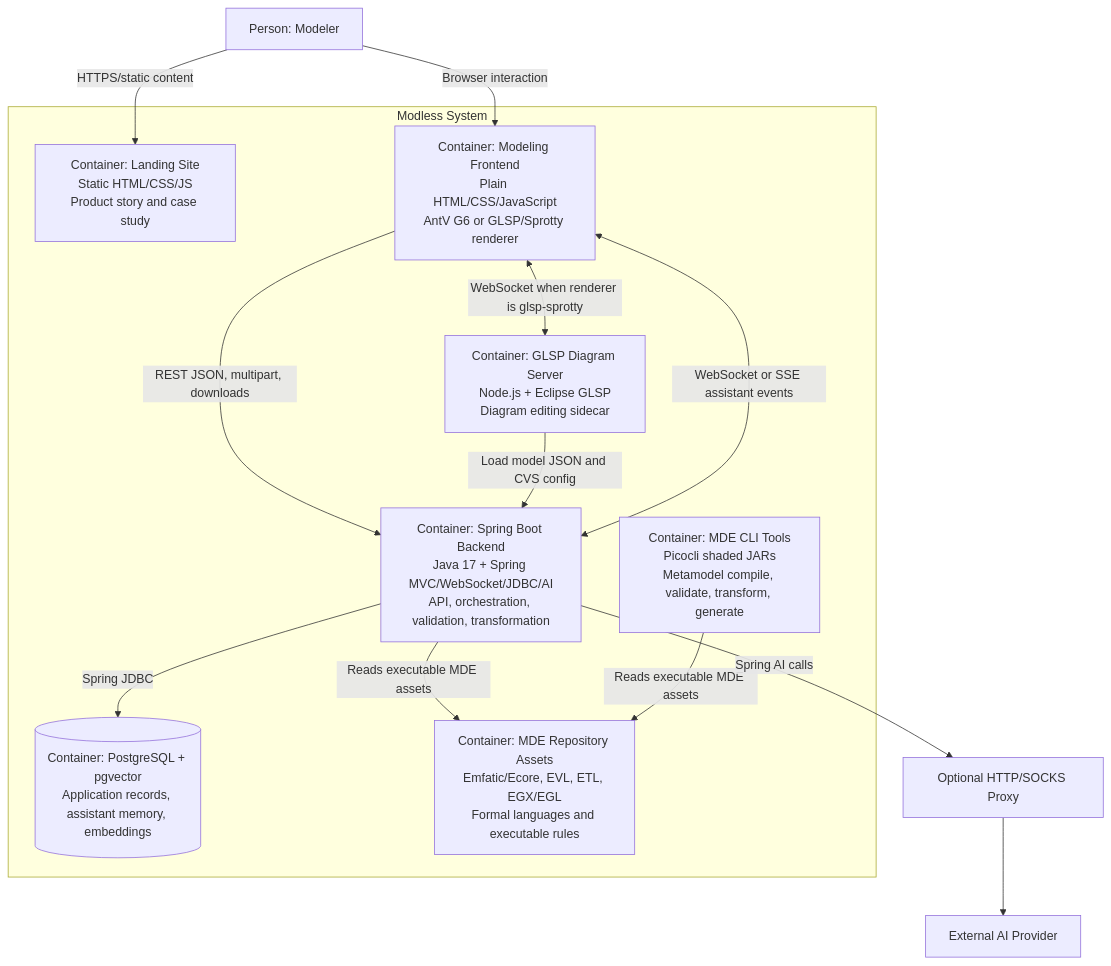
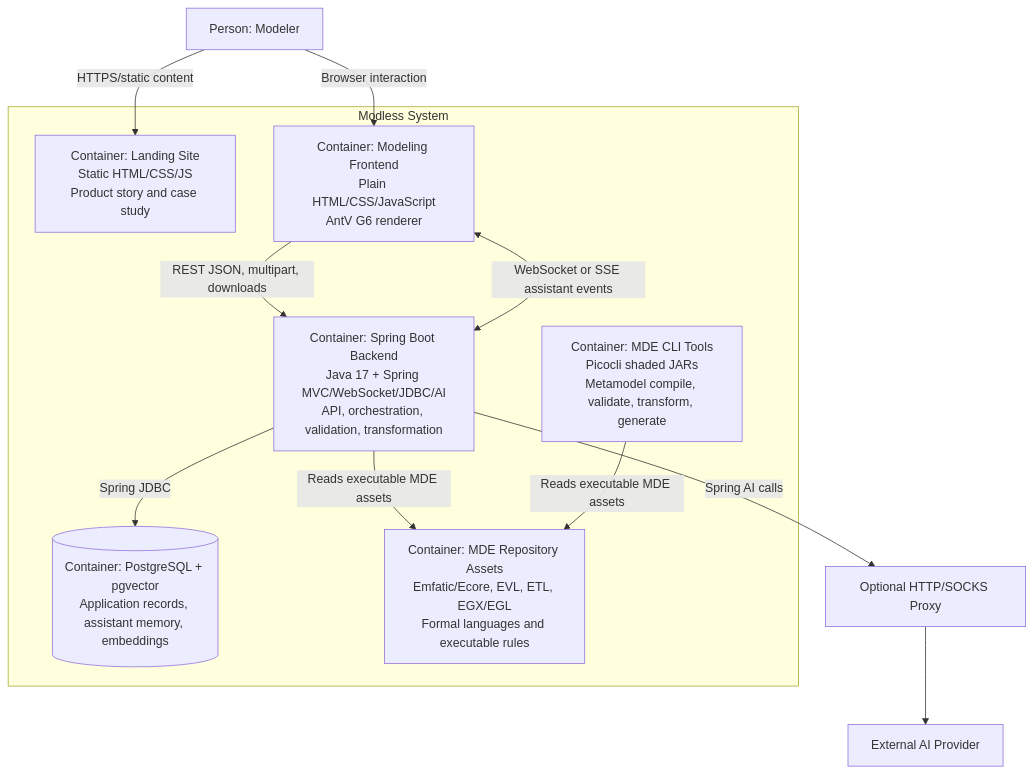
The first of 2 diagrams in docs/diagrams/02-c4-containers.md (mehdieidi/modriss), drawn with Mermaid before and after one commit. The commit also changed other lines of this file and 114 other files, not shown here.

Commit message:
feat(frontend): remove GLSP sprotty

````diff
--- a/docs/diagrams/02-c4-containers.md
+++ b/docs/diagrams/02-c4-containers.md
@@ -3,29 +3,26 @@
 ```mermaid
 flowchart TB
     user["Person: Modeler"]
 
     subgraph modless["Modless System"]
         landing["Container: Landing Site<br/>Static HTML/CSS/JS<br/>Product story and case study"]
-        frontend["Container: Modeling Frontend<br/>Plain HTML/CSS/JavaScript<br/>AntV G6 or GLSP/Sprotty renderer"]
-        glsp["Container: GLSP Diagram Server<br/>Node.js + Eclipse GLSP<br/>Diagram editing sidecar"]
+        frontend["Container: Modeling Frontend<br/>Plain HTML/CSS/JavaScript<br/>AntV G6 renderer"]
         backend["Container: Spring Boot Backend<br/>Java 17 + Spring MVC/WebSocket/JDBC/AI<br/>API, orchestration, validation, transformation"]
         postgres[("Container: PostgreSQL + pgvector<br/>Application records, assistant memory, embeddings")]
         mde["Container: MDE Repository Assets<br/>Emfatic/Ecore, EVL, ETL, EGX/EGL<br/>Formal languages and executable rules"]
         cli["Container: MDE CLI Tools<br/>Picocli shaded JARs<br/>Metamodel compile, validate, transform, generate"]
     end
 
     provider["External AI Provider"]
     proxy["Optional HTTP/SOCKS Proxy"]
 
     user -->|"HTTPS/static content"| landing
     user -->|"Browser interaction"| frontend
     frontend -->|"REST JSON, multipart, downloads"| backend
-    frontend <-->|"WebSocket when renderer is glsp-sprotty"| glsp
-    glsp -->|"Load model JSON and CVS config"| backend
     frontend <-->|"WebSocket or SSE assistant events"| backend
     backend -->|"Spring JDBC"| postgres
     backend -->|"Reads executable MDE assets"| mde
     cli -->|"Reads executable MDE assets"| mde
     backend -->|"Spring AI calls"| proxy
     proxy --> provider
 ```
````
